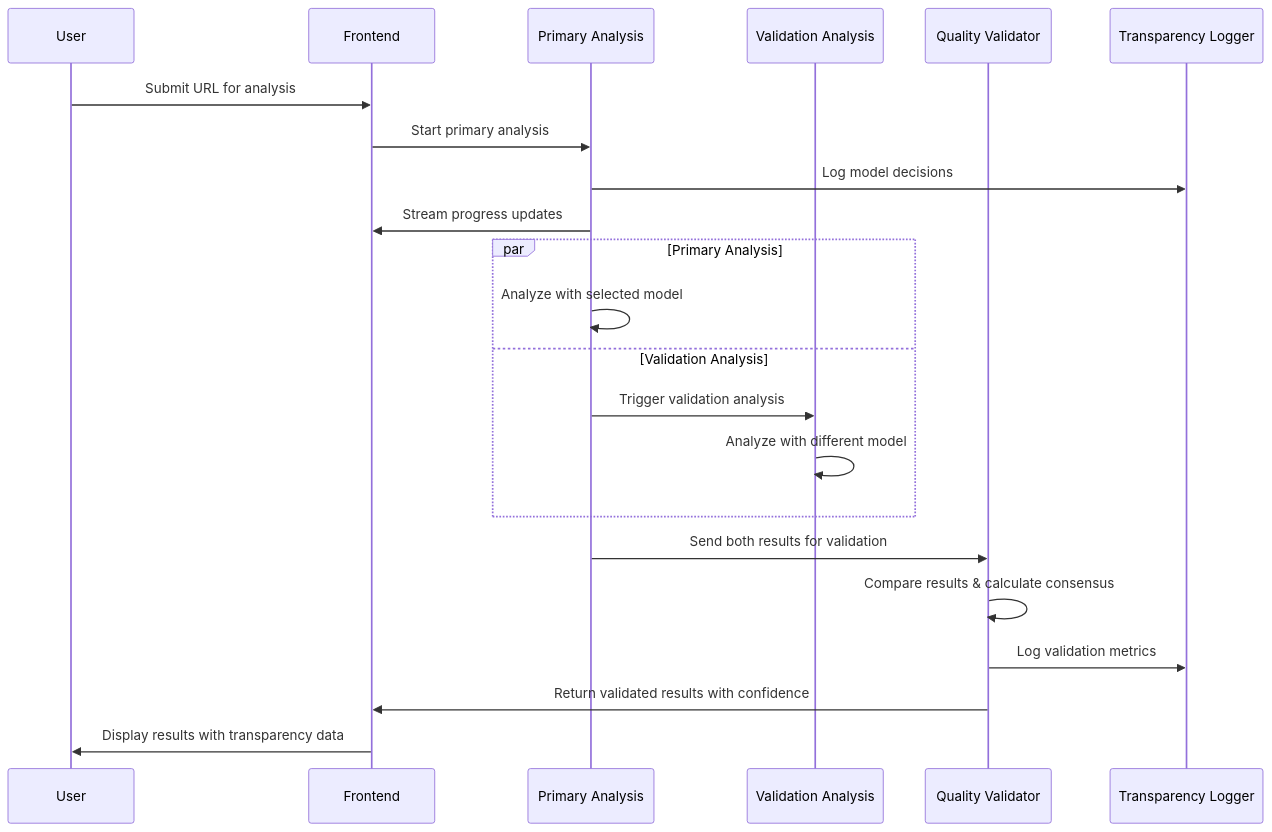
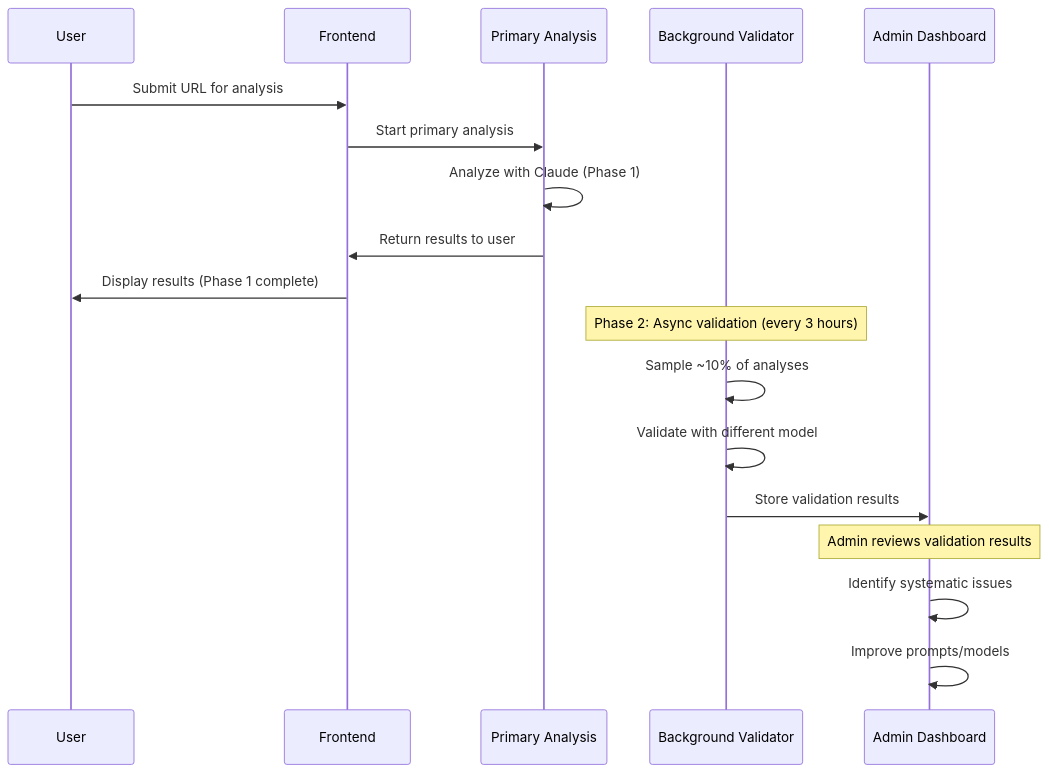
One commit to perseveranceai/lensy changed the third of 3 diagrams in .kiro/specs/documentation-quality-auditor/design.md. Above: the diagram before and after it, drawn with Mermaid. The commit also changed other lines of this file and 37 other files, not shown here.

````diff
--- a/.kiro/specs/documentation-quality-auditor/design.md
+++ b/.kiro/specs/documentation-quality-auditor/design.md
@@ -697,28 +827,23 @@
 ```mermaid
 sequenceDiagram
     participant U as User
     participant F as Frontend
     participant P as Primary Analysis
-    participant V as Validation Analysis
-    participant Q as Quality Validator
-    participant T as Transparency Logger
+    participant BG as Background Validator
+    participant A as Admin Dashboard
     
     U->>F: Submit URL for analysis
     F->>P: Start primary analysis
-    P->>T: Log model decisions
-    P->>F: Stream progress updates
+    P->>P: Analyze with Claude (Phase 1)
+    P->>F: Return results to user
+    F->>U: Display results (Phase 1 complete)
     
-    par Primary Analysis
-        P->>P: Analyze with selected model
-    and Validation Analysis
-        P->>V: Trigger validation analysis
-        V->>V: Analyze with different model
-    end
+    Note over BG: Phase 2: Async validation (every 3 hours)
+    BG->>BG: Sample ~10% of analyses
+    BG->>BG: Validate with different model
+    BG->>A: Store validation results
     
-    P->>Q: Send both results for validation
-    Q->>Q: Compare results & calculate consensus
-    Q->>T: Log validation metrics
-    Q->>F: Return validated results with confidence
-    
-    F->>U: Display results with transparency data
+    Note over A: Admin reviews validation results
+    A->>A: Identify systematic issues
+    A->>A: Improve prompts/models
 ```
````
